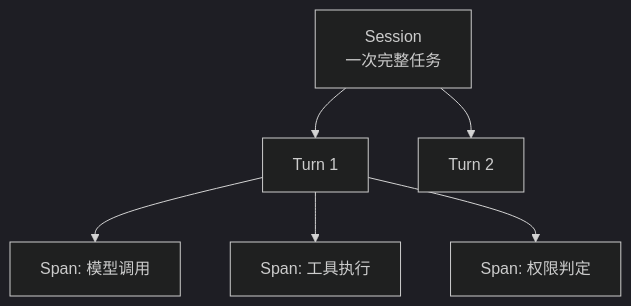
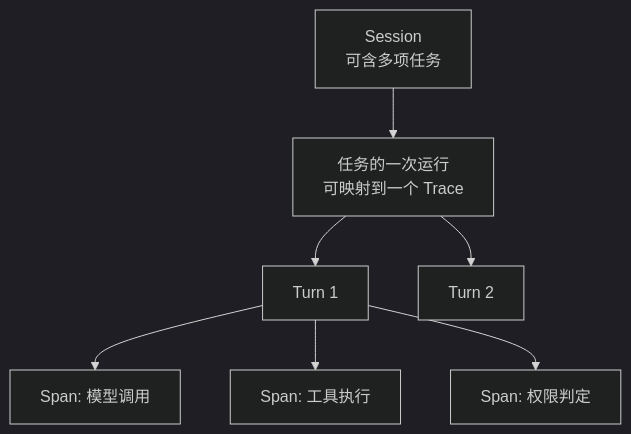
The diagram in docs/agent/02-runtime-harness/23-tracing-evaluation-cost-and-coding-agent-case-study.md (oneleaveknowsthefall/awesome-ai-roadmap), drawn with Mermaid (dark theme) before and after one commit. The commit also changed other lines of this file and 34 other files, not shown here.

````diff
--- a/docs/agent/02-runtime-harness/23-tracing-evaluation-cost-and-coding-agent-case-study.md
+++ b/docs/agent/02-runtime-harness/23-tracing-evaluation-cost-and-coding-agent-case-study.md
@@ -15,14 +15,16 @@
 ```mermaid
 flowchart TB
-    SESS["Session<br/>一次完整任务"]
+    SESS["Session<br/>可含多项任务"]
+    RUN["任务的一次运行<br/>可映射到一个 Trace"]
     T1["Turn 1"]
     T2["Turn 2"]
     S1["Span: 模型调用"]
     S2["Span: 工具执行"]
     S3["Span: 权限判定"]
-    SESS --> T1
-    SESS --> T2
+    SESS --> RUN
+    RUN --> T1
+    RUN --> T2
     T1 --> S1
     T1 --> S2
     T1 --> S3
 ```
````
